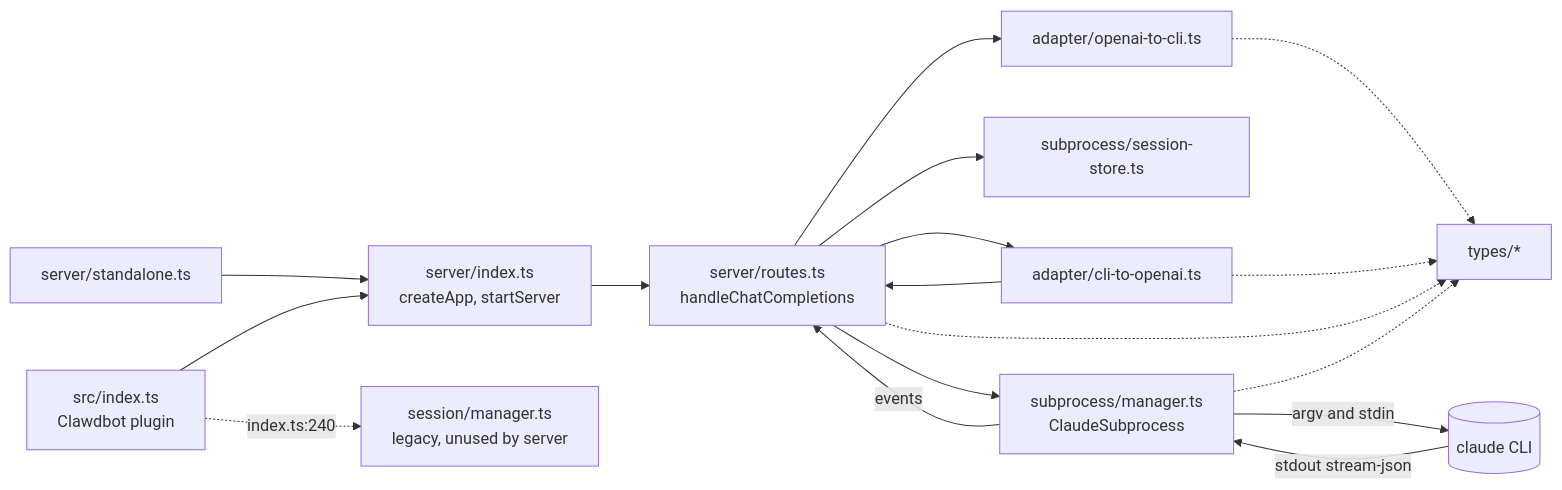
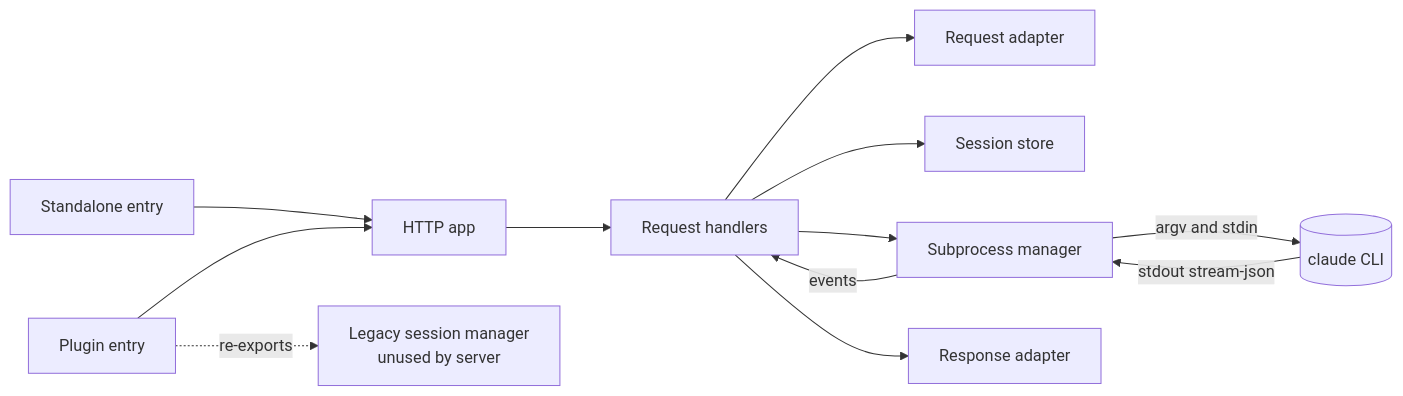
The diagram in docs/ARCHITECTURE.md (jameshskoh/claude-max-api-proxy), drawn with Mermaid before and after one commit. The commit also changed other lines of this file and 14 other files, not shown here.

````diff
--- a/docs/ARCHITECTURE.md
+++ b/docs/ARCHITECTURE.md
@@ -117,19 +116,14 @@
 ```mermaid
 flowchart LR
-  SA[server/standalone.ts] --> IDX[server/index.ts<br/>createApp, startServer]
-  PI[src/index.ts<br/>Clawdbot plugin] --> IDX
-  IDX --> RT[server/routes.ts<br/>handleChatCompletions]
-  RT --> OC[adapter/openai-to-cli.ts]
-  RT --> SS[subprocess/session-store.ts]
-  RT --> SP[subprocess/manager.ts<br/>ClaudeSubprocess]
+  SA[Standalone entry] --> APP[HTTP app]
+  PI[Plugin entry] --> APP
+  APP --> RH[Request handlers]
+  RH --> RQ[Request adapter]
+  RH --> SS[Session store]
+  RH --> SP[Subprocess manager]
   SP -->|argv and stdin| CLI[(claude CLI)]
   CLI -->|stdout stream-json| SP
-  SP -->|events| RT
-  RT --> CO[adapter/cli-to-openai.ts]
-  CO --> RT
-  OC -.-> TY[types/*]
-  CO -.-> TY
-  RT -.-> TY
-  SP -.-> TY
-  PI -.->|index.ts:240| LEG[session/manager.ts<br/>legacy, unused by server]
+  SP -->|events| RH
+  RH --> RS[Response adapter]
+  PI -.->|re-exports| LEG[Legacy session manager<br/>unused by server]
 ```
````
